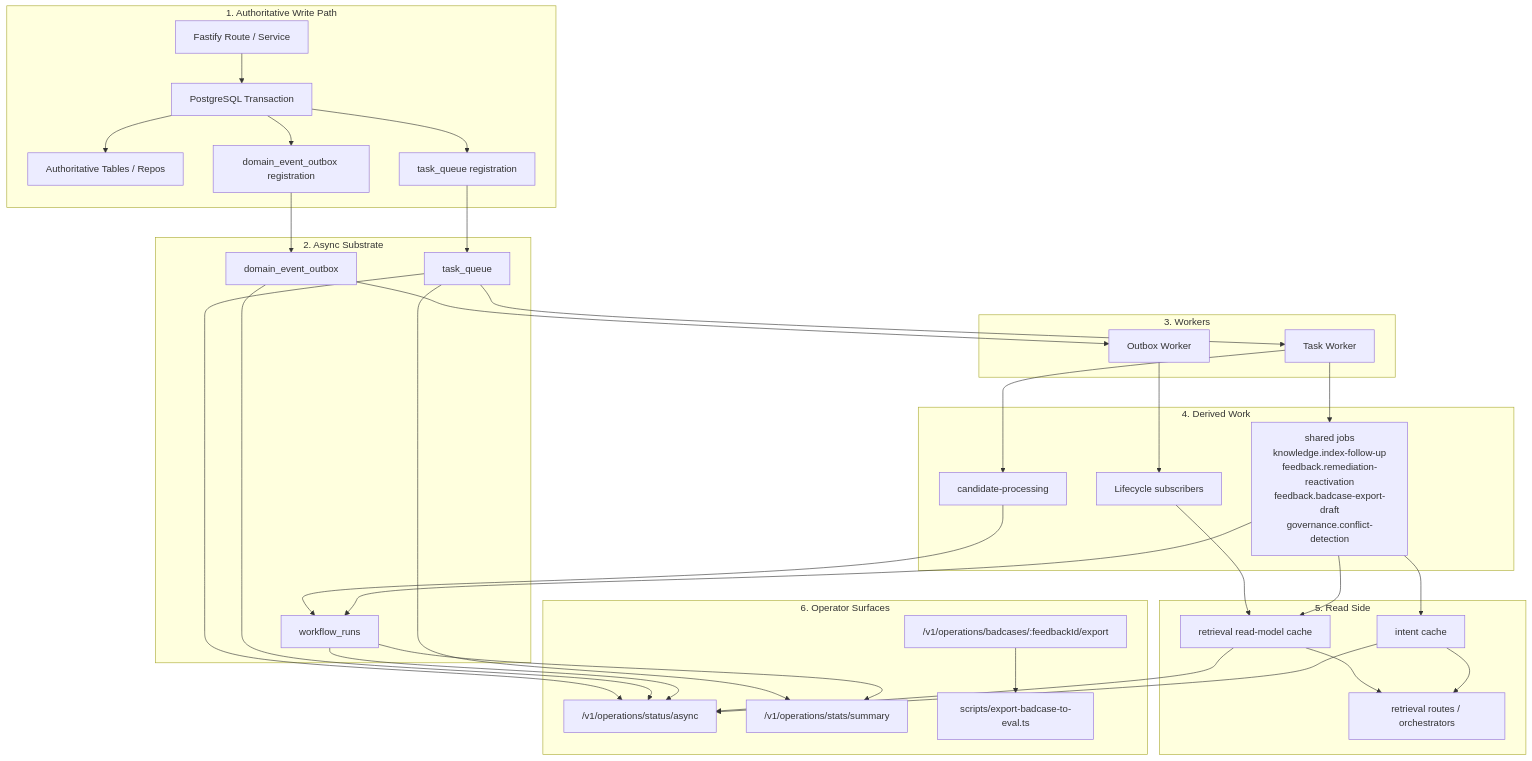
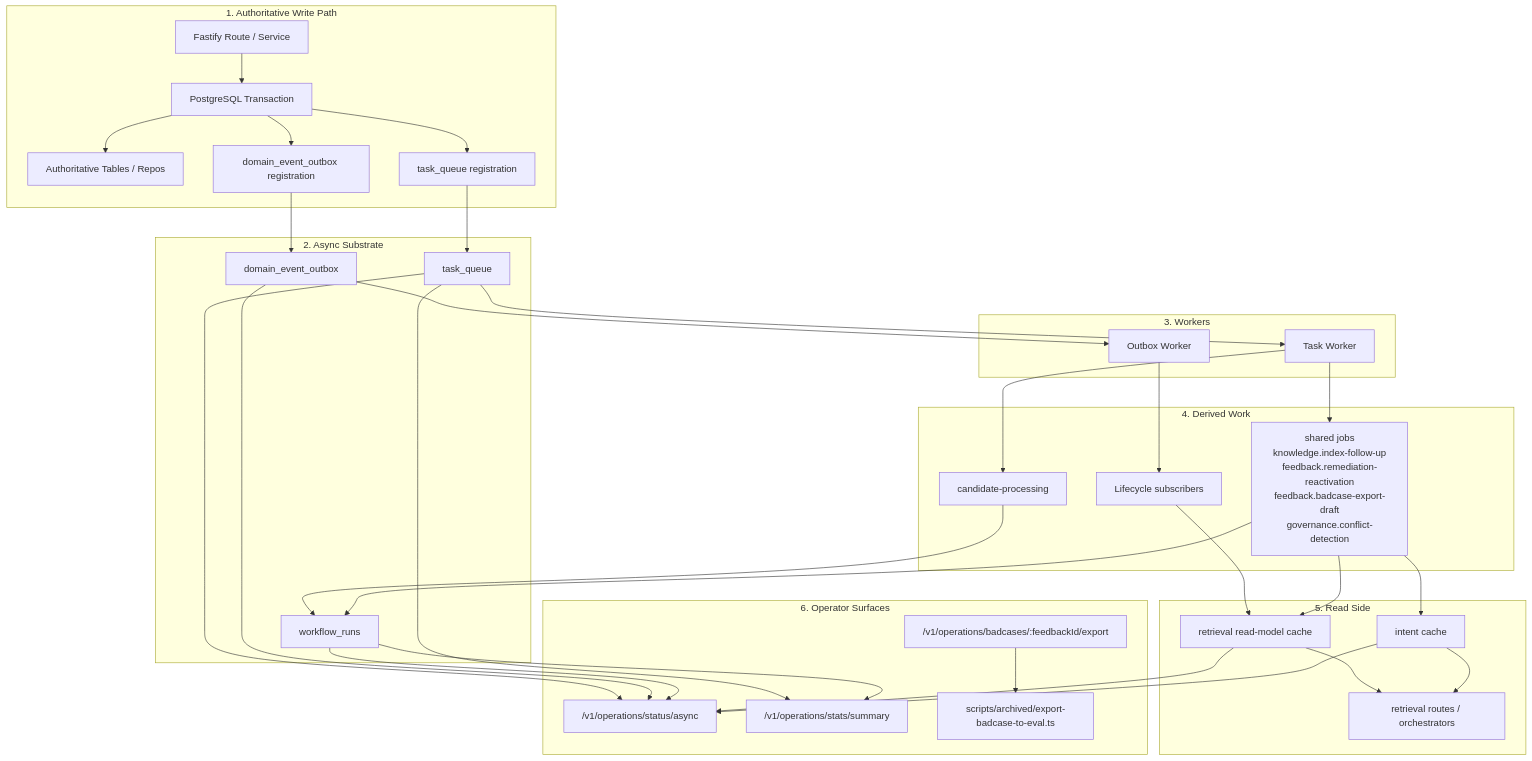
Before and after one commit to pofossette/TrapMap-for-vibing: the first of 10 diagrams in docs/architecture/components/ASYNC_MODEL.md, drawn with Mermaid. The commit also changed other lines of this file and 98 other files, not shown here.

````diff
--- a/docs/architecture/components/ASYNC_MODEL.md
+++ b/docs/architecture/components/ASYNC_MODEL.md
@@ -36,67 +36,67 @@
 ```mermaid
 flowchart TB
     subgraph WritePath["1. Authoritative Write Path"]
         Api["Fastify Route / Service"]
         Tx["PostgreSQL Transaction"]
         Biz["Authoritative Tables / Repos"]
         OutboxReg["domain_event_outbox registration"]
         QueueReg["task_queue registration"]
     end
 
     subgraph AsyncSubstrate["2. Async Substrate"]
         Outbox["domain_event_outbox"]
         Queue["task_queue"]
         Workflow["workflow_runs"]
     end
 
     subgraph Workers["3. Workers"]
         OutboxWorker["Outbox Worker"]
         TaskWorker["Task Worker"]
     end
 
     subgraph DerivedWork["4. Derived Work"]
         Lifecycle["Lifecycle subscribers"]
         Candidate["candidate-processing"]
         SharedJobs["shared jobs\nknowledge.index-follow-up\nfeedback.remediation-reactivation\nfeedback.badcase-export-draft\ngovernance.conflict-detection"]
     end
 
     subgraph ReadSide["5. Read Side"]
         ReadModel["retrieval read-model cache"]
         Intent["intent cache"]
         Retrieval["retrieval routes / orchestrators"]
     end
 
     subgraph Operators["6. Operator Surfaces"]
         AsyncStatus["/v1/operations/status/async"]
         Stats["/v1/operations/stats/summary"]
         Badcase["/v1/operations/badcases/:feedbackId/export"]
-        Script["scripts/export-badcase-to-eval.ts"]
+        Script["scripts/archived/export-badcase-to-eval.ts"]
     end
 
     Api --> Tx
     Tx --> Biz
     Tx --> OutboxReg
     Tx --> QueueReg
     OutboxReg --> Outbox
     QueueReg --> Queue
     Outbox --> OutboxWorker
     Queue --> TaskWorker
     OutboxWorker --> Lifecycle
     TaskWorker --> Candidate
     TaskWorker --> SharedJobs
     Candidate --> Workflow
     SharedJobs --> Workflow
     Lifecycle --> ReadModel
     SharedJobs --> ReadModel
     SharedJobs --> Intent
     ReadModel --> Retrieval
     Intent --> Retrieval
     Queue --> AsyncStatus
     Outbox --> AsyncStatus
     Workflow --> AsyncStatus
     ReadModel --> AsyncStatus
     Intent --> AsyncStatus
     Queue --> Stats
     Workflow --> Stats
     Badcase --> Script
 ```
````
